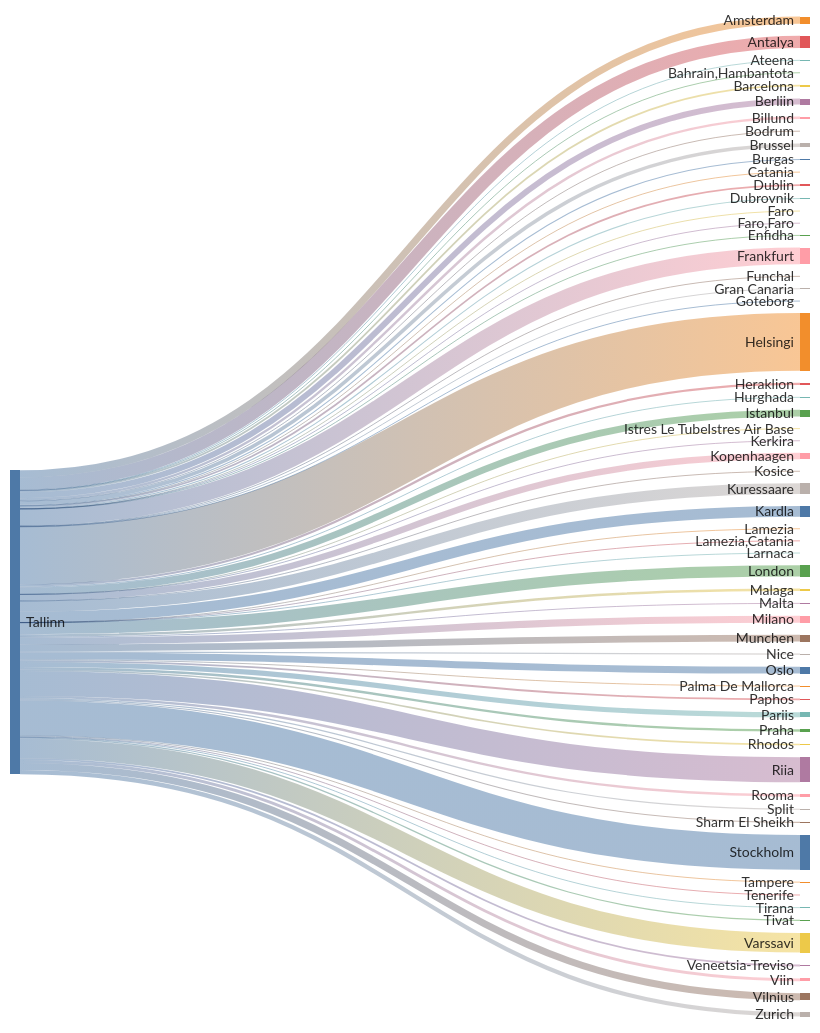
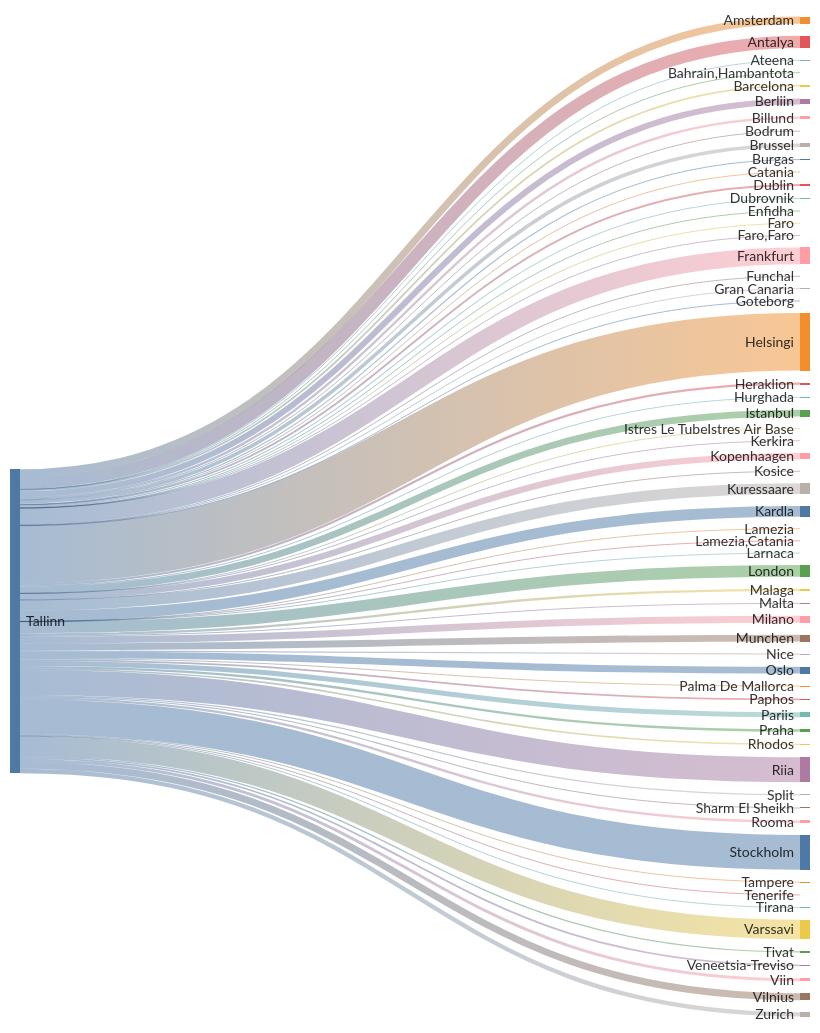
Before and after one commit to rainermesi/tll-airport-departures: the second of 2 diagrams in README.md, drawn with Mermaid. The commit also changed other lines of this file, not shown here.

````diff
--- a/README.md
+++ b/README.md
@@ -34,72 +34,72 @@
 ```mermaid
 ---
 config:
   sankey:
     showValues: false
     width: 800
     height: 1000
 ---
 sankey-beta
 %% source,target,value
-Tallinn,Amsterdam,145
+Tallinn,Amsterdam,146
 Tallinn,Antalya,251
 Tallinn,Ateena,16
 Tallinn,"Bahrain,Hambantota",1
 Tallinn,Barcelona,37
-Tallinn,Berliin,121
+Tallinn,Berliin,122
 Tallinn,Billund,49
 Tallinn,Bodrum,11
 Tallinn,Brussel,73
 Tallinn,Burgas,21
 Tallinn,Catania,2
-Tallinn,Dublin,36
+Tallinn,Dublin,37
 Tallinn,Dubrovnik,21
 Tallinn,Enfidha,7
 Tallinn,Faro,4
 Tallinn,"Faro,Faro",1
-Tallinn,Frankfurt,340
+Tallinn,Frankfurt,342
 Tallinn,Funchal,5
 Tallinn,Gran Canaria,12
 Tallinn,Goteborg,1
-Tallinn,Helsingi,1175
+Tallinn,Helsingi,1181
 Tallinn,Heraklion,46
-Tallinn,Hurghada,17
-Tallinn,Istanbul,139
+Tallinn,Hurghada,19
+Tallinn,Istanbul,140
 Tallinn,Istres Le TubeIstres Air Base,2
 Tallinn,Kerkira,4
 Tallinn,Kopenhaagen,130
 Tallinn,Kosice,1
-Tallinn,Kuressaare,219
-Tallinn,Kardla,219
+Tallinn,Kuressaare,220
+Tallinn,Kardla,220
 Tallinn,Lamezia,1
 Tallinn,"Lamezia,Catania",3
 Tallinn,Larnaca,4
-Tallinn,London,234
+Tallinn,London,236
 Tallinn,Malaga,49
 Tallinn,Malta,15
-Tallinn,Milano,143
-Tallinn,Munchen,138
+Tallinn,Milano,144
+Tallinn,Munchen,139
 Tallinn,Nice,25
 Tallinn,Oslo,140
 Tallinn,Palma De Mallorca,19
 Tallinn,Paphos,36
 Tallinn,Pariis,103
 Tallinn,Praha,49
 Tallinn,Rhodos,32
-Tallinn,Riia,509
+Tallinn,Riia,513
 Tallinn,Rooma,49
 Tallinn,Sharm El Sheikh,21
 Tallinn,Split,25
-Tallinn,Stockholm,711
+Tallinn,Stockholm,714
 Tallinn,Tampere,17
 Tallinn,Tenerife,18
 Tallinn,Tirana,8
 Tallinn,Tivat,26
-Tallinn,Varssavi,397
+Tallinn,Varssavi,400
 Tallinn,Veneetsia-Treviso,37
-Tallinn,Viin,58
+Tallinn,Viin,59
 Tallinn,Vilnius,143
-Tallinn,Zurich,88
+Tallinn,Zurich,89
 
 
 ```
````
